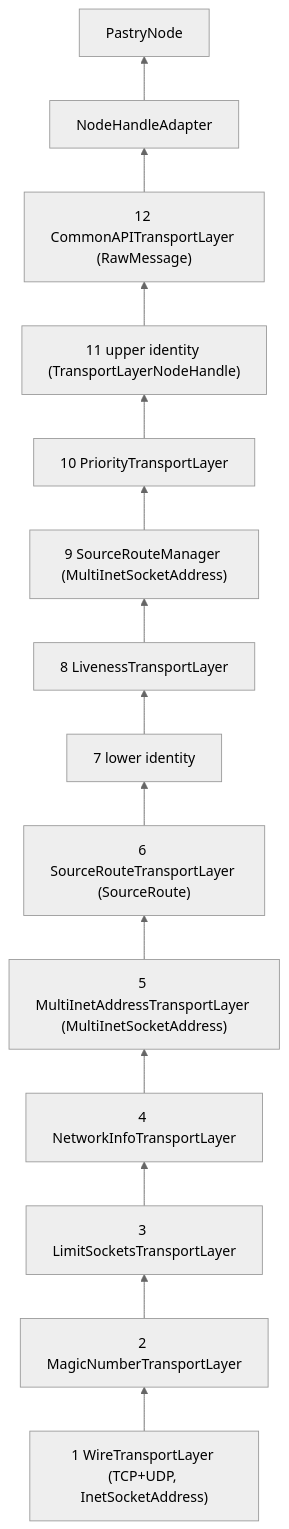
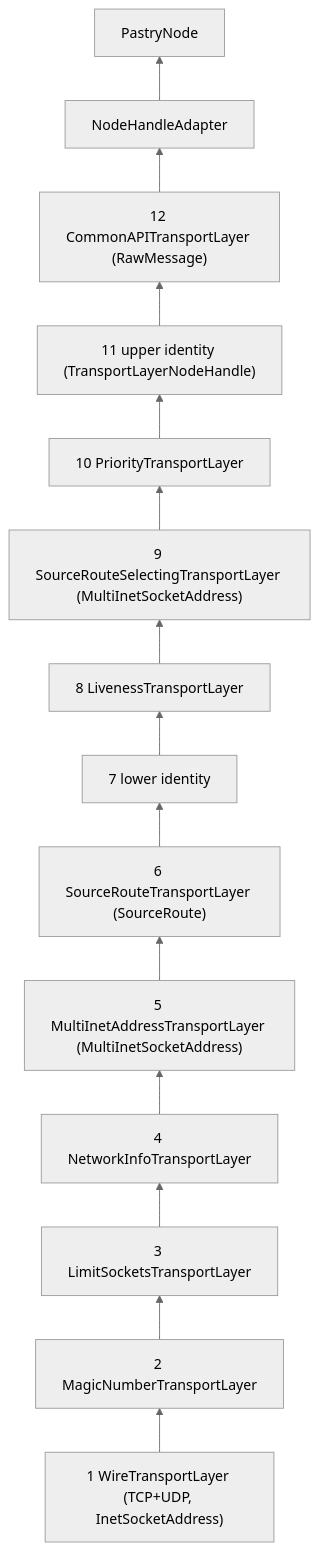
Before and after one commit to damoeb/freepastry: the second of 2 diagrams in docs/ARCHITECTURE.md, drawn with Mermaid (neutral theme). The commit also changed other lines of this file and 51 other files, not shown here.

````diff
--- a/docs/ARCHITECTURE.md
+++ b/docs/ARCHITECTURE.md
@@ -219,7 +219,7 @@
 ```mermaid
 flowchart BT
   W["1 WireTransportLayer (TCP+UDP, InetSocketAddress)"] --> M["2 MagicNumberTransportLayer"] --> LS["3 LimitSocketsTransportLayer"] --> NI["4 NetworkInfoTransportLayer"]
   NI --> MA["5 MultiInetAddressTransportLayer (MultiInetSocketAddress)"] --> SR["6 SourceRouteTransportLayer (SourceRoute)"] --> LI["7 lower identity"] --> LV["8 LivenessTransportLayer"]
-  LV --> SRM["9 SourceRouteManager (MultiInetSocketAddress)"] --> PR["10 PriorityTransportLayer"] --> UI["11 upper identity (TransportLayerNodeHandle)"] --> CA["12 CommonAPITransportLayer (RawMessage)"]
+  LV --> SRM["9 SourceRouteSelectingTransportLayer (MultiInetSocketAddress)"] --> PR["10 PriorityTransportLayer"] --> UI["11 upper identity (TransportLayerNodeHandle)"] --> CA["12 CommonAPITransportLayer (RawMessage)"]
   CA --> NHA["NodeHandleAdapter"] --> PN["PastryNode"]
 ```
````
